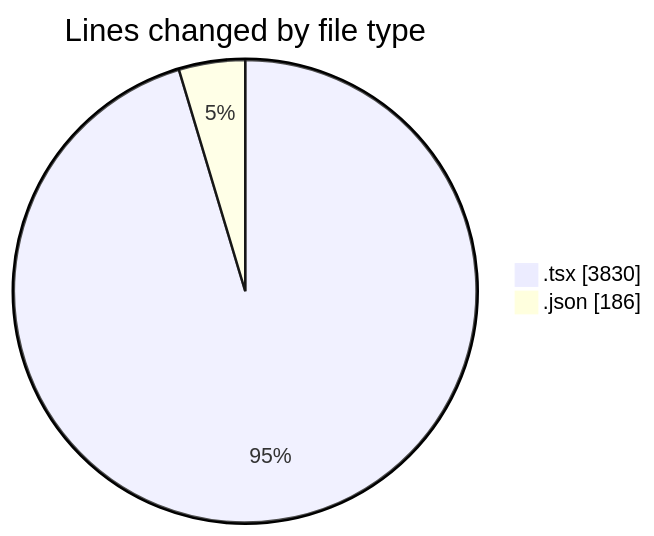
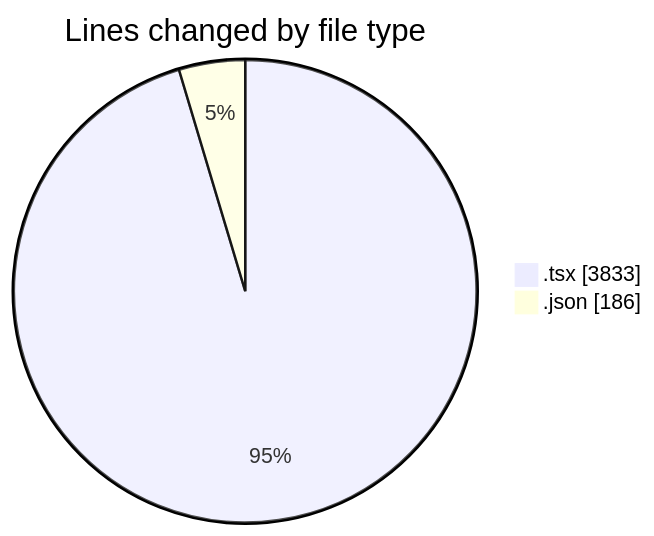
One commit to momahboobian/code-tracking changed the first of 2 diagrams in 2026-08-06/cda/README.md. Above: the diagram before and after it, drawn with Mermaid. The commit also changed other lines of this file and 1 other file, not shown here.

````diff
--- a/2026-08-06/cda/README.md
+++ b/2026-08-06/cda/README.md
@@ -31,6 +31,6 @@
 ```mermaid
 pie showData
 title Lines changed by file type
-".tsx" : 3830
+".tsx" : 3833
 ".json" : 186
 ```
````
